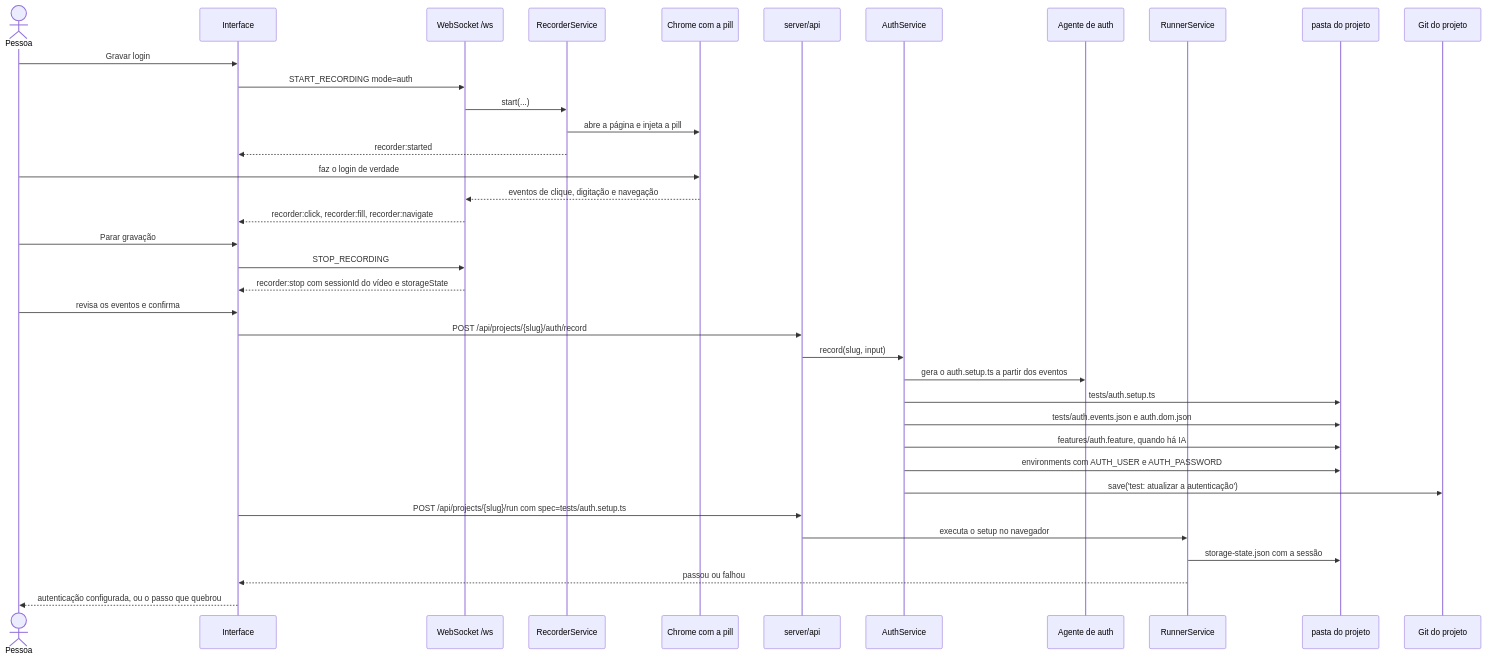
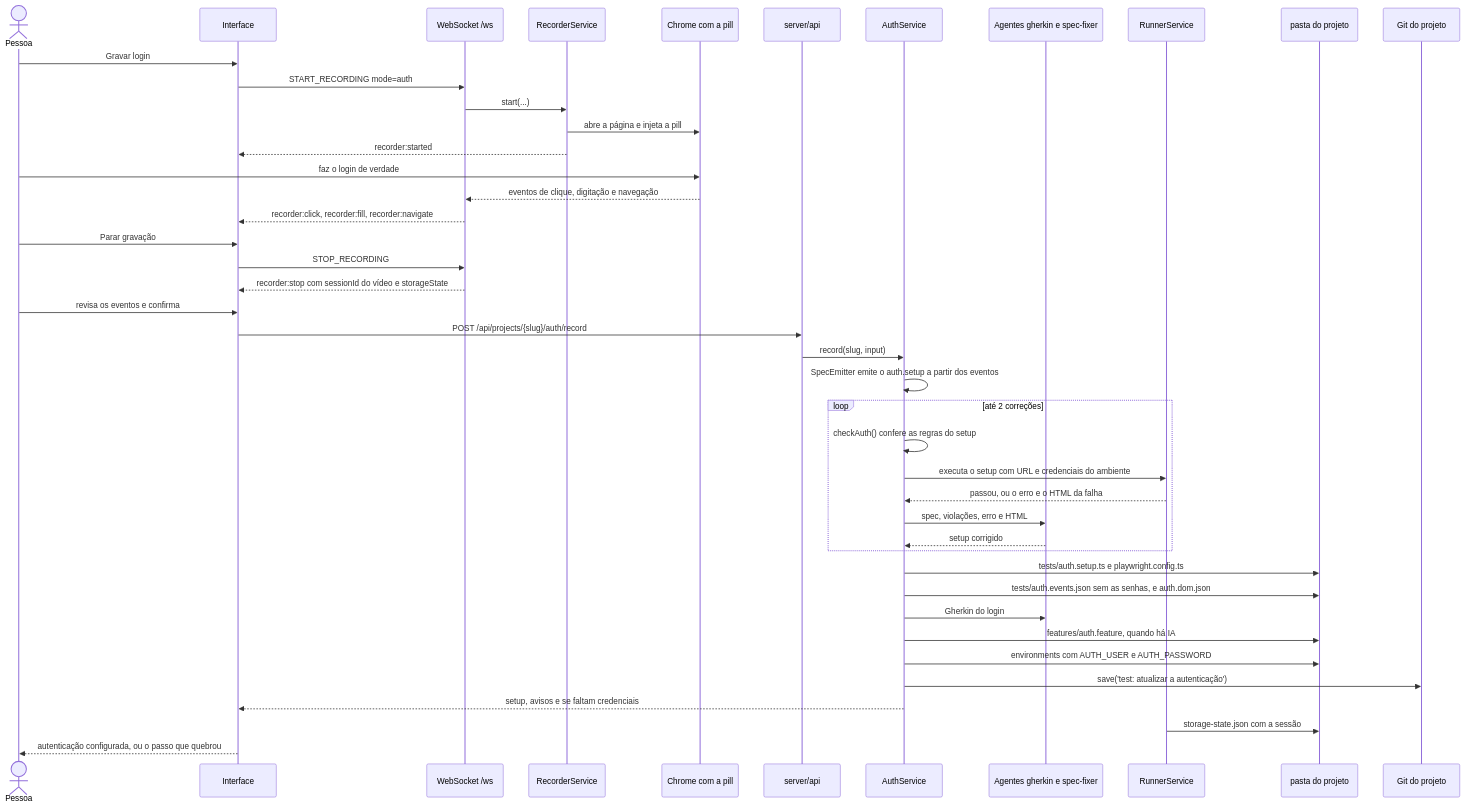
One commit to KauanCalheiro/acutis changed the ninth of 28 diagrams in docs/DIAGRAMS/SEQUENCE-DIAGRAMS.md. Above: the diagram before and after it, drawn with Mermaid. The commit also changed other lines of this file and 7 other files, not shown here.

````diff
--- a/docs/DIAGRAMS/SEQUENCE-DIAGRAMS.md
+++ b/docs/DIAGRAMS/SEQUENCE-DIAGRAMS.md
@@ -161,44 +318,49 @@
 ```mermaid
 sequenceDiagram
   actor Pessoa
   participant App as Interface
   participant WS as WebSocket /ws
   participant R as RecorderService
   participant Nav as Chrome com a pill
   participant API as server/api
   participant A as AuthService
-  participant IA as Agente de auth
+  participant IA as Agentes gherkin e spec-fixer
   participant PW as RunnerService
   participant FS as pasta do projeto
   participant Git as Git do projeto
 
   Pessoa->>App: Gravar login
   App->>WS: START_RECORDING mode=auth
   WS->>R: start(...)
   R->>Nav: abre a página e injeta a pill
   R-->>App: recorder:started
 
   Pessoa->>Nav: faz o login de verdade
   Nav-->>WS: eventos de clique, digitação e navegação
   WS-->>App: recorder:click, recorder:fill, recorder:navigate
 
   Pessoa->>App: Parar gravação
   App->>WS: STOP_RECORDING
   WS-->>App: recorder:stop com sessionId do vídeo e storageState
 
   Pessoa->>App: revisa os eventos e confirma
   App->>API: POST /api/projects/{slug}/auth/record
   API->>A: record(slug, input)
-  A->>IA: gera o auth.setup.ts a partir dos eventos
-  A->>FS: tests/auth.setup.ts
-  A->>FS: tests/auth.events.json e auth.dom.json
+  A->>A: SpecEmitter emite o auth.setup a partir dos eventos
+  loop até 2 correções
+    A->>A: checkAuth() confere as regras do setup
+    A->>PW: executa o setup com URL e credenciais do ambiente
+    PW-->>A: passou, ou o erro e o HTML da falha
+    A->>IA: spec, violações, erro e HTML
+    IA-->>A: setup corrigido
+  end
+  A->>FS: tests/auth.setup.ts e playwright.config.ts
+  A->>FS: tests/auth.events.json sem as senhas, e auth.dom.json
+  A->>IA: Gherkin do login
   A->>FS: features/auth.feature, quando há IA
   A->>FS: environments com AUTH_USER e AUTH_PASSWORD
   A->>Git: save('test: atualizar a autenticação')
-
-  App->>API: POST /api/projects/{slug}/run com spec=tests/auth.setup.ts
-  API->>PW: executa o setup no navegador
+  A-->>App: setup, avisos e se faltam credenciais
   PW->>FS: storage-state.json com a sessão
-  PW-->>App: passou ou falhou
   App-->>Pessoa: autenticação configurada, ou o passo que quebrou
 ```
````
